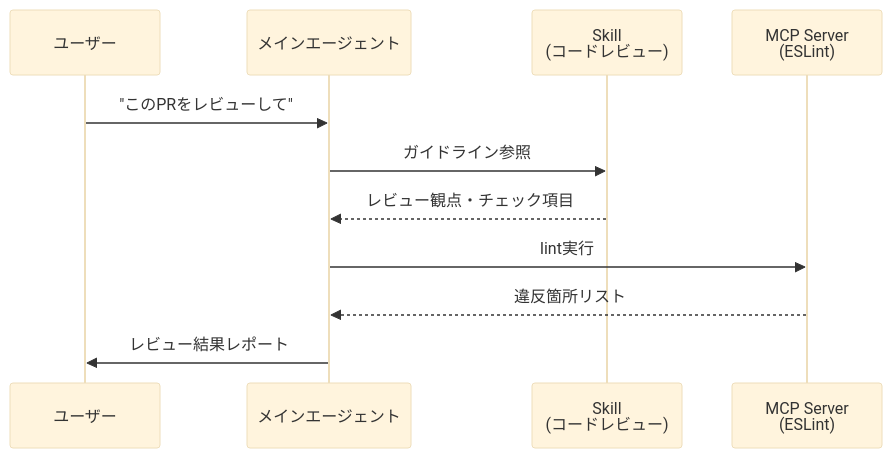
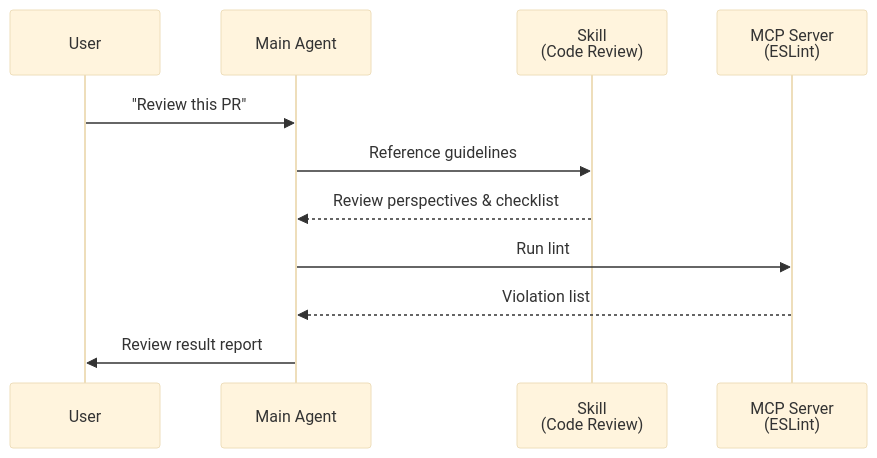
Before and after one commit to shuji-bonji/ai-agent-architecture: the seventh of 8 diagrams in docs/concepts/03-architecture.md, drawn with Mermaid (base theme). The commit also changed other lines of this file and 42 other files, not shown here.

````diff
--- a/docs/concepts/03-architecture.md
+++ b/docs/concepts/03-architecture.md
@@ -376,14 +378,14 @@
 ```mermaid
 sequenceDiagram
-    participant U as ユーザー
-    participant M as メインエージェント
-    participant S as Skill<br/>(コードレビュー)
+    participant U as User
+    participant M as Main Agent
+    participant S as Skill<br/>(Code Review)
     participant MCP as MCP Server<br/>(ESLint)
 
-    U->>M: "このPRをレビューして"
-    M->>S: ガイドライン参照
-    S-->>M: レビュー観点・チェック項目
-    M->>MCP: lint実行
-    MCP-->>M: 違反箇所リスト
-    M->>U: レビュー結果レポート
+    U->>M: "Review this PR"
+    M->>S: Reference guidelines
+    S-->>M: Review perspectives & checklist
+    M->>MCP: Run lint
+    MCP-->>M: Violation list
+    M->>U: Review result report
 ```
````
